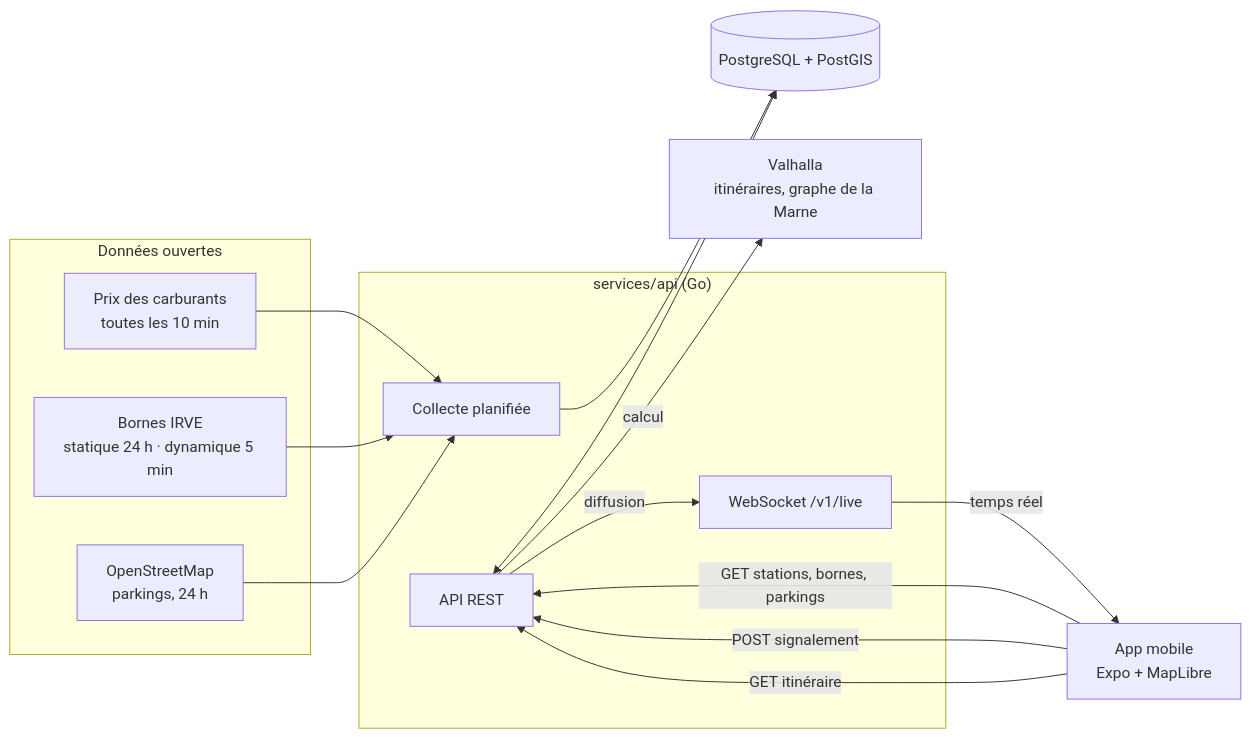
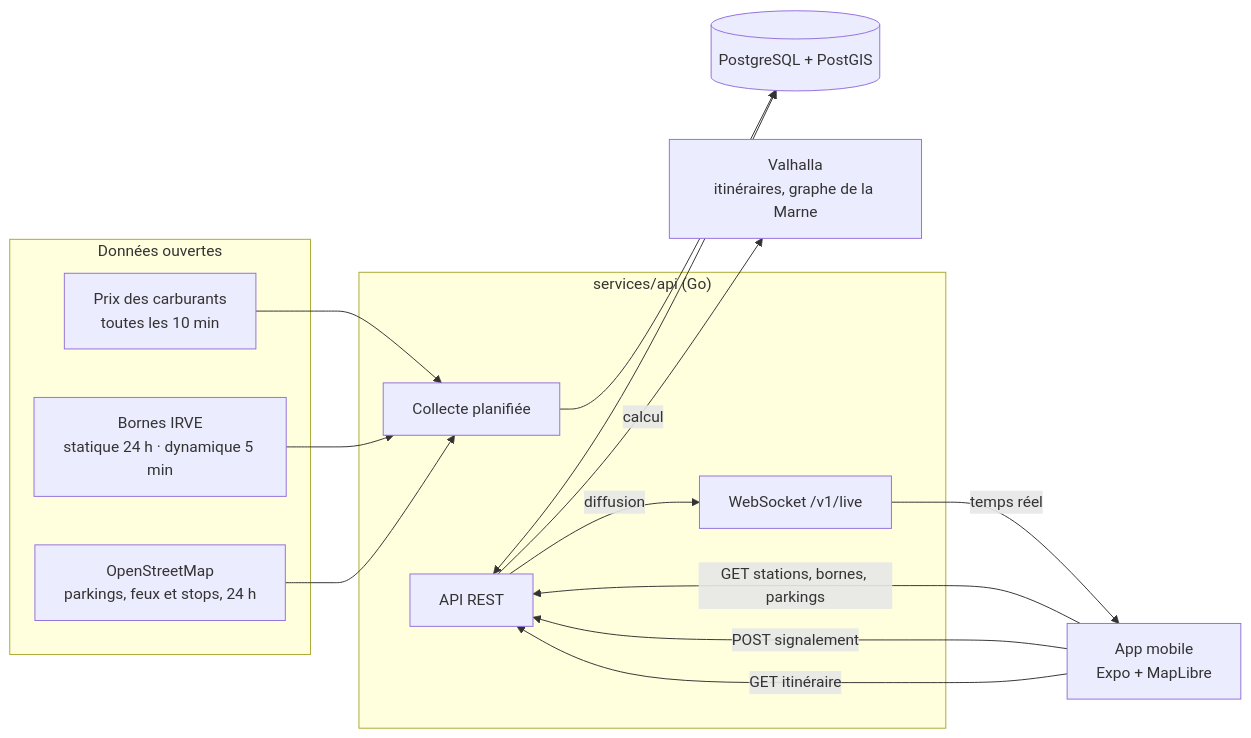
The diagram in README.md (cytrafps/zelo), drawn with Mermaid before and after one commit. The commit also changed other lines of this file and 22 other files, not shown here.

````diff
--- a/README.md
+++ b/README.md
@@ -22,28 +22,28 @@
 ```mermaid
 flowchart LR
   subgraph Sources["Données ouvertes"]
     F["Prix des carburants<br/>toutes les 10 min"]
     B["Bornes IRVE<br/>statique 24 h · dynamique 5 min"]
-    O["OpenStreetMap<br/>parkings, 24 h"]
+    O["OpenStreetMap<br/>parkings, feux et stops, 24 h"]
   end
   subgraph Serveur["services/api (Go)"]
     J["Collecte planifiée"]
     A["API REST"]
     W["WebSocket /v1/live"]
   end
   V["Valhalla<br/>itinéraires, graphe de la Marne"]
   DB[("PostgreSQL + PostGIS")]
   App["App mobile<br/>Expo + MapLibre"]
 
   F --> J
   B --> J
   O --> J
   J --> DB
   A <--> DB
   App -- "GET stations, bornes, parkings" --> A
   App -- "POST signalement" --> A
   App -- "GET itinéraire" --> A
   A -- "calcul" --> V
   A -- "diffusion" --> W
   W -- "temps réel" --> App
 ```
````
